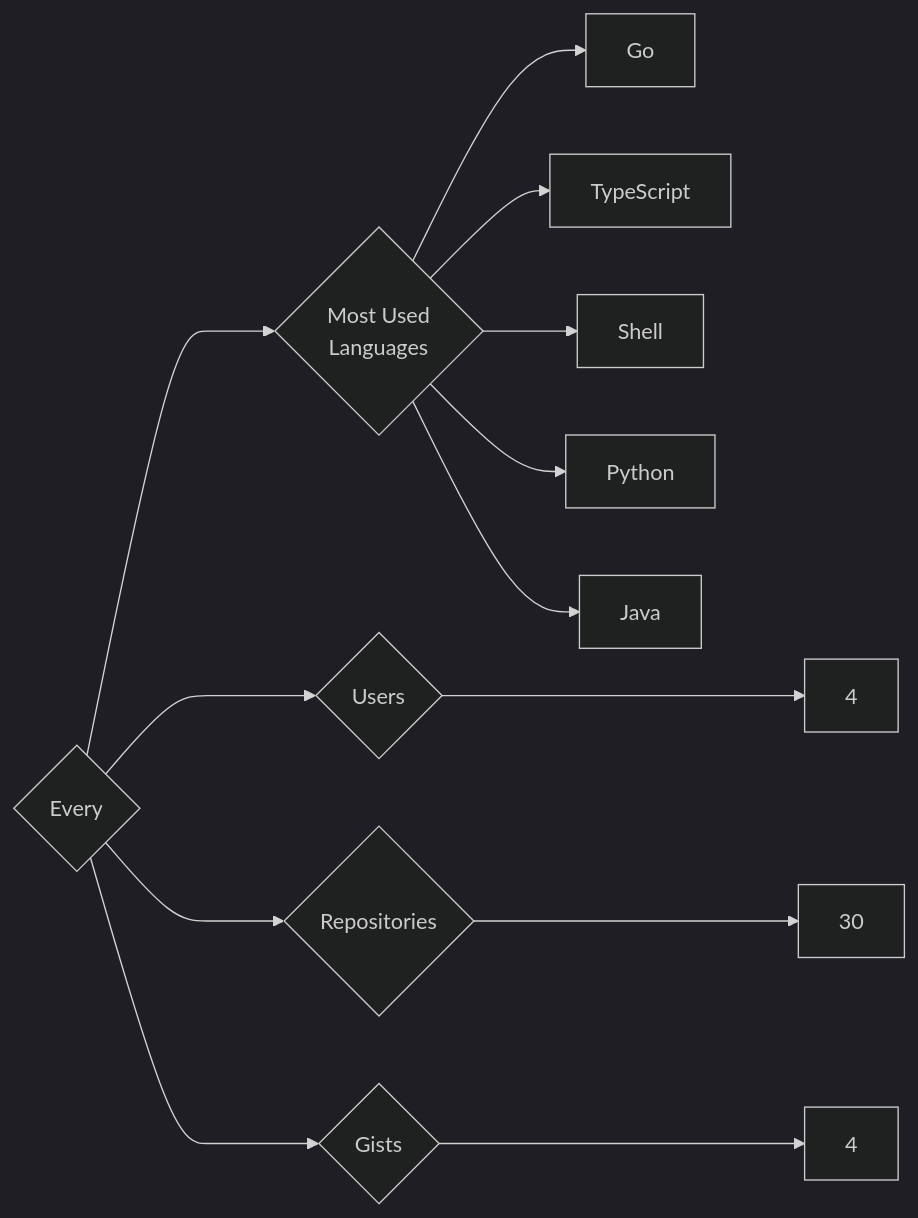
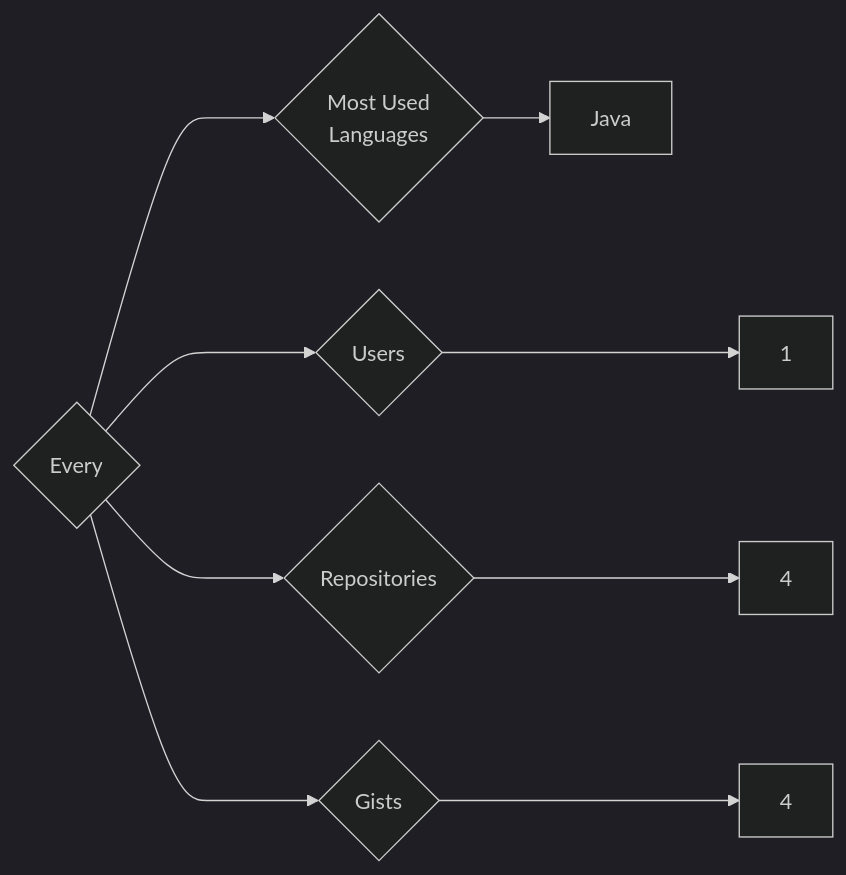
One commit to trickest/insiders changed the diagram in targets/Every/README.md. Above: the diagram before and after it, drawn with Mermaid (dark theme). The commit also changed 870 other files, not shown here.

````diff
--- a/targets/Every/README.md
+++ b/targets/Every/README.md
@@ -3,13 +3,9 @@
 ```mermaid
 graph LR
 COMPANY_NAME{Every}
-COMPANY_NAME ---> U{Users} ---> UN[4]
-COMPANY_NAME ---> R{Repositories} ---> RN[30]
+COMPANY_NAME ---> U{Users} ---> UN[1]
+COMPANY_NAME ---> R{Repositories} ---> RN[4]
 COMPANY_NAME ---> G{Gists} ---> GN[4]
 COMPANY_NAME ---> ML{Most Used<br>Languages}
-ML --> Go[Go]
-ML --> TypeScript[TypeScript]
-ML --> Shell[Shell]
-ML --> Python[Python]
 ML --> Java[Java]
 ```
````
